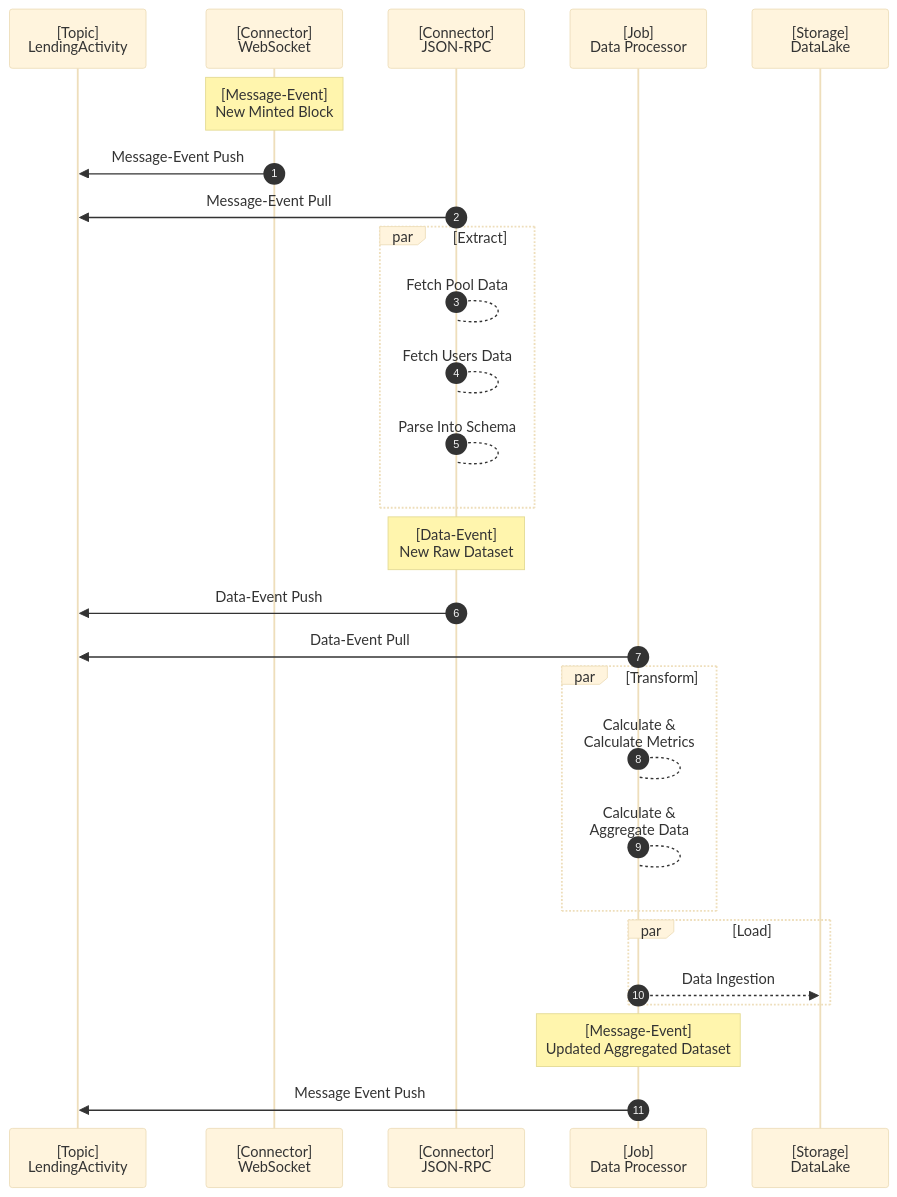
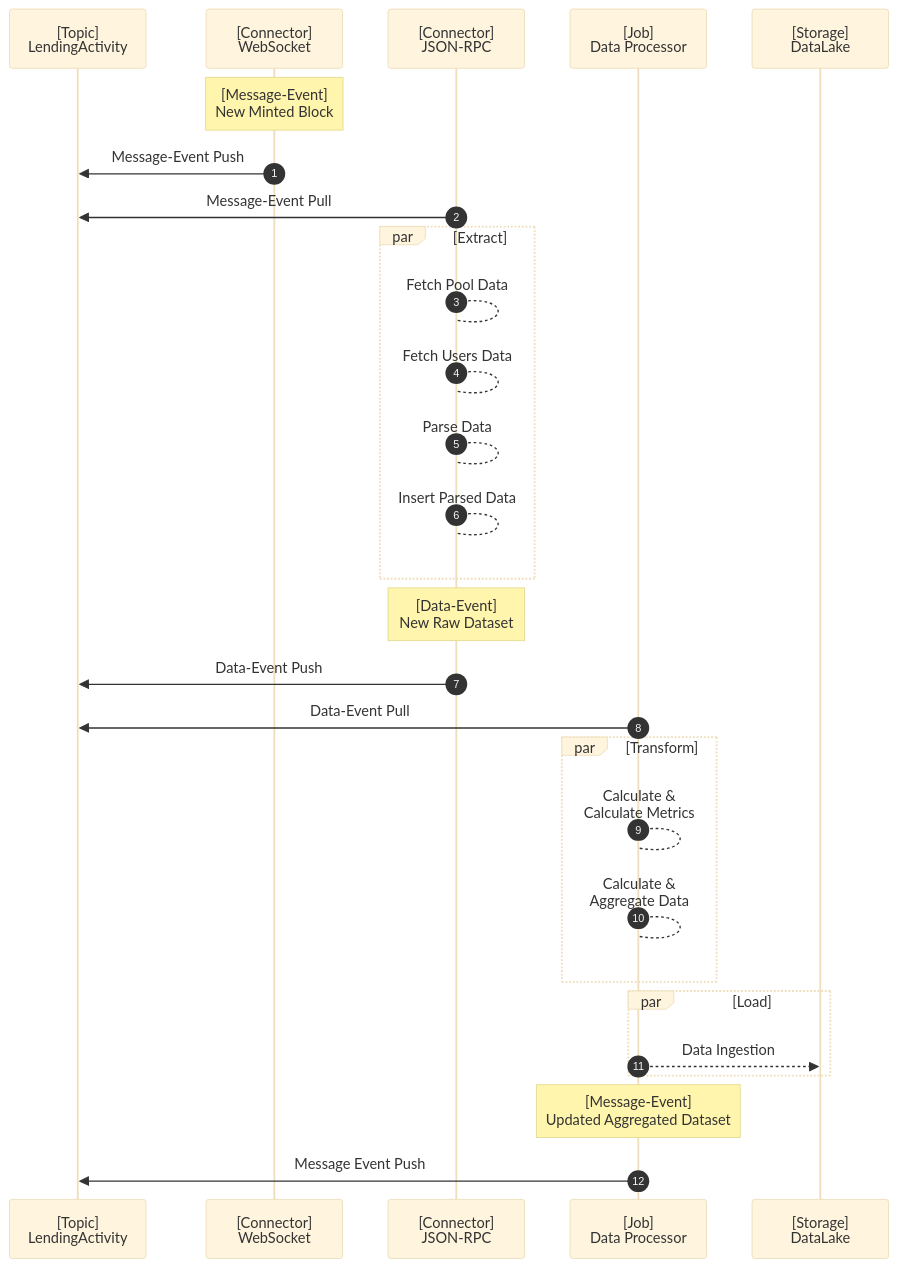
Before and after one commit to IFFranciscoME/Delorian: the diagram in README.md, drawn with Mermaid (base theme). The commit also changed other lines of this file and 13 other files, not shown here.

````diff
--- a/README.md
+++ b/README.md
@@ -37,38 +7,39 @@
 ```mermaid
 sequenceDiagram
 autonumber
 
 participant Channel as [Topic] <br/> LendingActivity
 participant Connector-WebSocket as [Connector] <br/> WebSocket
 participant Connector-RPC as [Connector] <br/> JSON-RPC
 participant Job-ETL as [Job] <br/> Data Processor
 participant DL as [Storage] <br/> DataLake
 
 Note over Connector-WebSocket : [Message-Event] <br/> New Minted Block
 
 Connector-WebSocket ->> Channel: Message-Event Push
 Connector-RPC ->> Channel: Message-Event Pull
 
 par Extract
 	Connector-RPC --> Connector-RPC: Fetch Pool Data
 	Connector-RPC --> Connector-RPC: Fetch Users Data
-	Connector-RPC --> Connector-RPC: Parse Into Schema
+	Connector-RPC --> Connector-RPC: Parse Data
+	Connector-RPC --> Connector-RPC: Insert Parsed Data
 end
 
 Note over Connector-RPC : [Data-Event] <br/> New Raw Dataset
 Connector-RPC ->> Channel: Data-Event Push
 Job-ETL ->> Channel: Data-Event Pull
 
 par Transform
 	Job-ETL --> Job-ETL: Calculate & <br/>  Calculate Metrics
 	Job-ETL --> Job-ETL: Calculate & <br/>  Aggregate Data
 end
 
 par Load
 	Job-ETL -->> DL: Data Ingestion
 end
 
 Note over Job-ETL : [Message-Event] <br/> Updated Aggregated Dataset
 
 Job-ETL ->> Channel: Message Event Push
 ```
````
